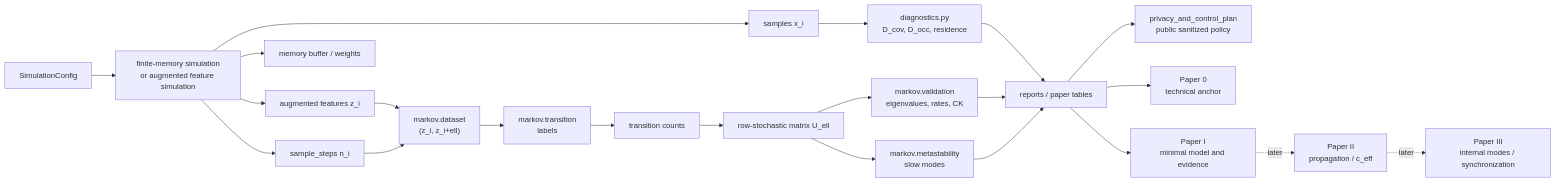
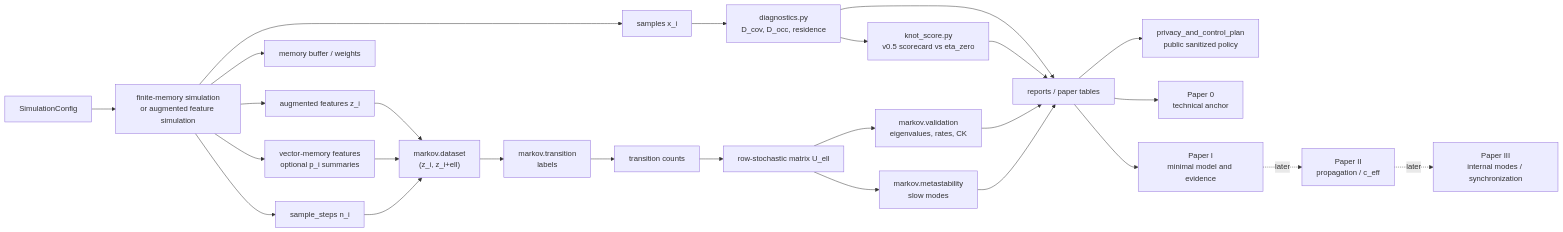
One commit to MemoryDynamics/Knoten changed the third of 4 diagrams in docs/repository_map.md. Above: the diagram before and after it, drawn with Mermaid. The commit also changed other lines of this file and 6 other files, not shown here.

Commit message:
Document knot score and update repository map

````diff
--- a/docs/repository_map.md
+++ b/docs/repository_map.md
@@ -67,29 +71,33 @@
 ```mermaid
 flowchart LR
     config["SimulationConfig"] --> sim["finite-memory simulation<br/>or augmented feature simulation"]
 
     sim --> samples["samples x_i"]
     sim --> steps["sample_steps n_i"]
     sim --> memory["memory buffer / weights"]
     sim --> zfeatures["augmented features z_i"]
+    sim --> vfeatures["vector-memory features<br/>optional p_i summaries"]
 
     samples --> geom["diagnostics.py<br/>D_cov, D_occ, residence"]
+    geom --> score["knot_score.py<br/>v0.5 scorecard vs eta_zero"]
     zfeatures --> lagged["markov.dataset<br/>(z_i, z_i+ell)"]
+    vfeatures --> lagged
     steps --> lagged
 
     lagged --> labels["markov.transition<br/>labels"]
     labels --> counts["transition counts"]
     counts --> matrix["row-stochastic matrix U_ell"]
     matrix --> validation["markov.validation<br/>eigenvalues, rates, CK"]
     matrix --> meta["markov.metastability<br/>slow modes"]
 
     geom --> reports["reports / paper tables"]
+    score --> reports
     validation --> reports
     meta --> reports
 
     reports --> privacy["privacy_and_control_plan<br/>public sanitized policy"]
     reports --> paper0["Paper 0<br/>technical anchor"]
     reports --> paper1["Paper I<br/>minimal model and evidence"]
     paper1 -.later.-> paper2["Paper II<br/>propagation / c_eff"]
     paper2 -.later.-> paper3["Paper III<br/>internal modes / synchronization"]
 ```
````
